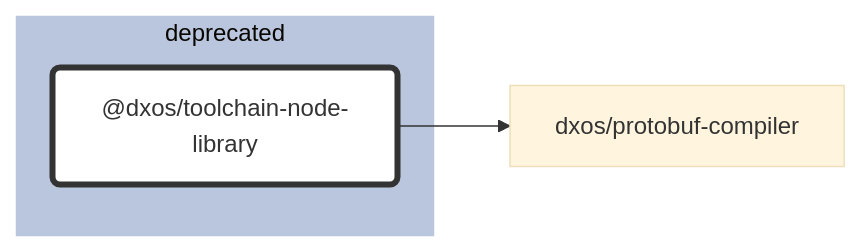
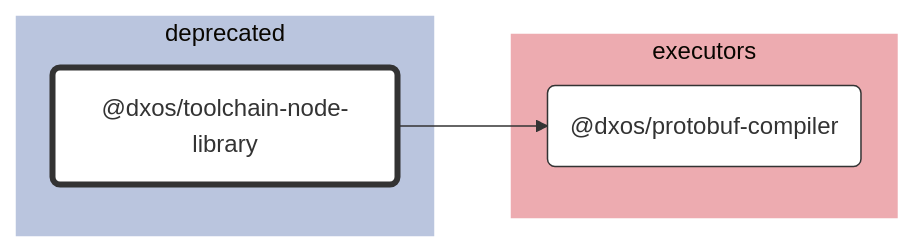
Before and after one commit to dxos/dxos: the diagram in tools/deprecated/toolchain-node-library/docs/README.md, drawn with Mermaid (base theme). The commit also changed 69 other files, not shown here.

````diff
--- a/tools/deprecated/toolchain-node-library/docs/README.md
+++ b/tools/deprecated/toolchain-node-library/docs/README.md
@@ -7,21 +7,27 @@
 ```mermaid
 %%{ init: {'flowchart':{'curve':'basis'}} }%%
 
 flowchart LR
 
 %% Classes
 classDef def fill:#fff,stroke:#333,stroke-width:1px
 classDef root fill:#fff,stroke:#333,stroke-width:4px
 
 %% Nodes
 
 subgraph deprecated [deprecated]
   style deprecated fill:#bac5de,stroke:#fff
   dxos/toolchain-node-library("@dxos/toolchain-node-library"):::root
   click dxos/toolchain-node-library "dxos/dxos/tree/main/tools/deprecated/toolchain-node-library/docs"
 end
 
+subgraph executors [executors]
+  style executors fill:#edabb0,stroke:#fff
+  dxos/protobuf-compiler("@dxos/protobuf-compiler"):::def
+  click dxos/protobuf-compiler "dxos/dxos/tree/main/tools/executors/protobuf-compiler/docs"
+end
+
 %% Links
 linkStyle default stroke:#333,stroke-width:1px
 dxos/toolchain-node-library --> dxos/protobuf-compiler
 ```
````
